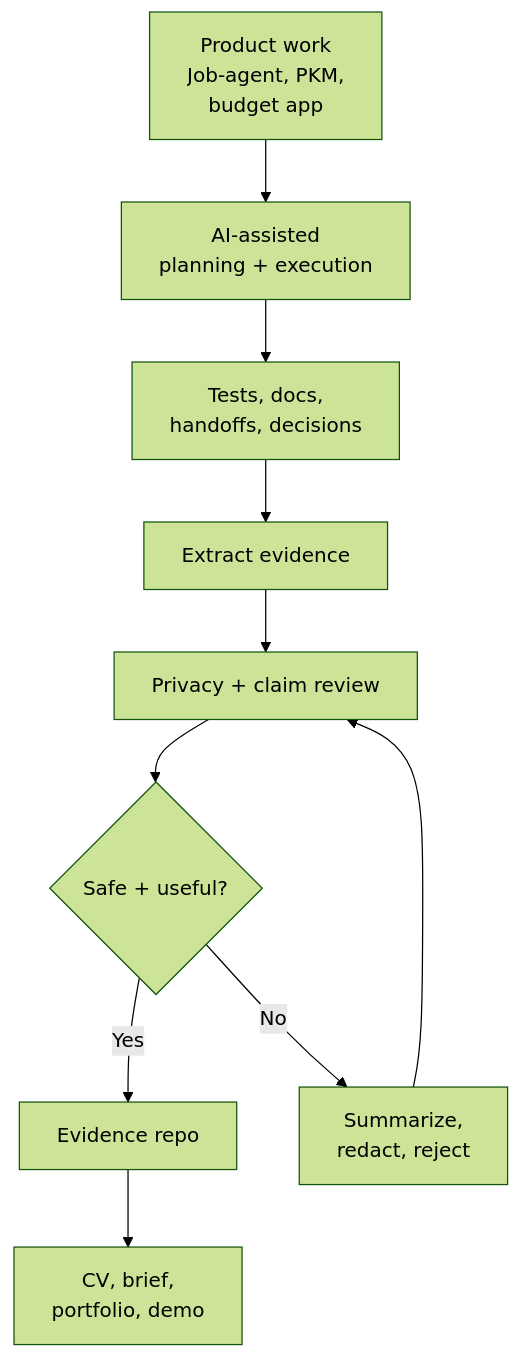
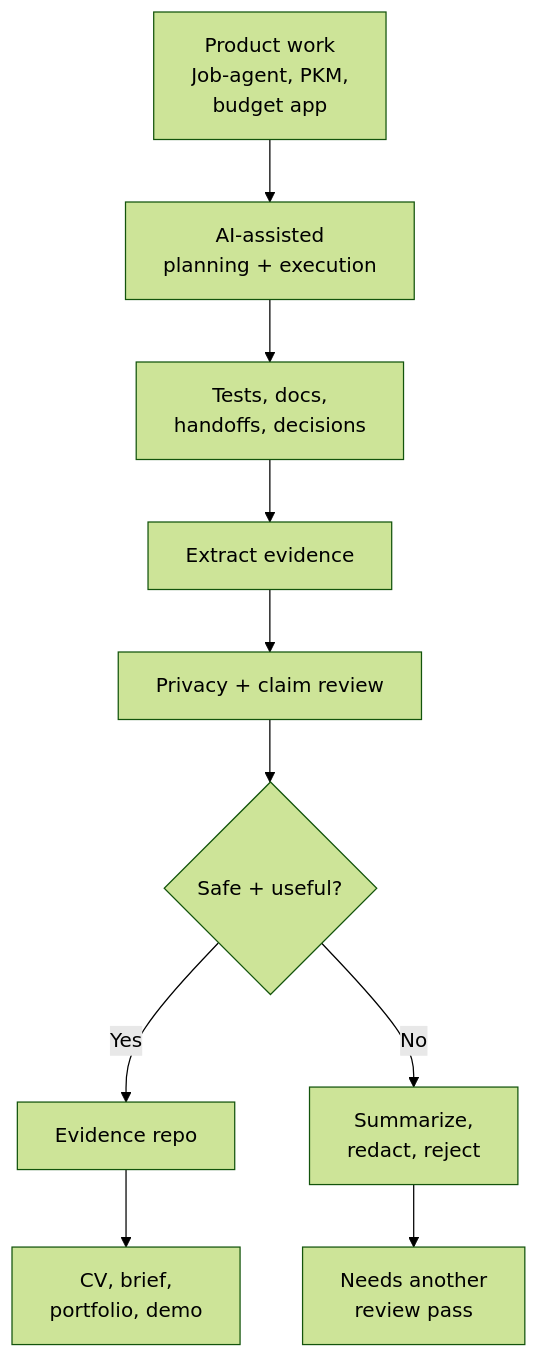
The diagram in diagrams/USER_FLOW.md (marcus-uden-dev/ai-native-proof-of-work), drawn with Mermaid (forest theme) before and after one commit. The commit also changed 8 other files, not shown here.

Commit message:
Fix GitHub Mermaid clipping in workflow diagrams

````diff
--- a/diagrams/USER_FLOW.md
+++ b/diagrams/USER_FLOW.md
@@ -6,12 +6,12 @@
 ```mermaid
 flowchart TD
     A["Product work<br/>Job-agent, PKM,<br/>budget app"] --> B["AI-assisted<br/>planning + execution"]
     B --> C["Tests, docs,<br/>handoffs, decisions"]
     C --> D["Extract evidence"]
     D --> E["Privacy + claim review"]
     E --> F{"Safe + useful?"}
     F -->|Yes| G["Evidence repo"]
     F -->|No| H["Summarize,<br/>redact, reject"]
-    H --> E
+    H --> J["Needs another<br/>review pass"]
     G --> I["CV, brief,<br/>portfolio, demo"]
 ```
````
